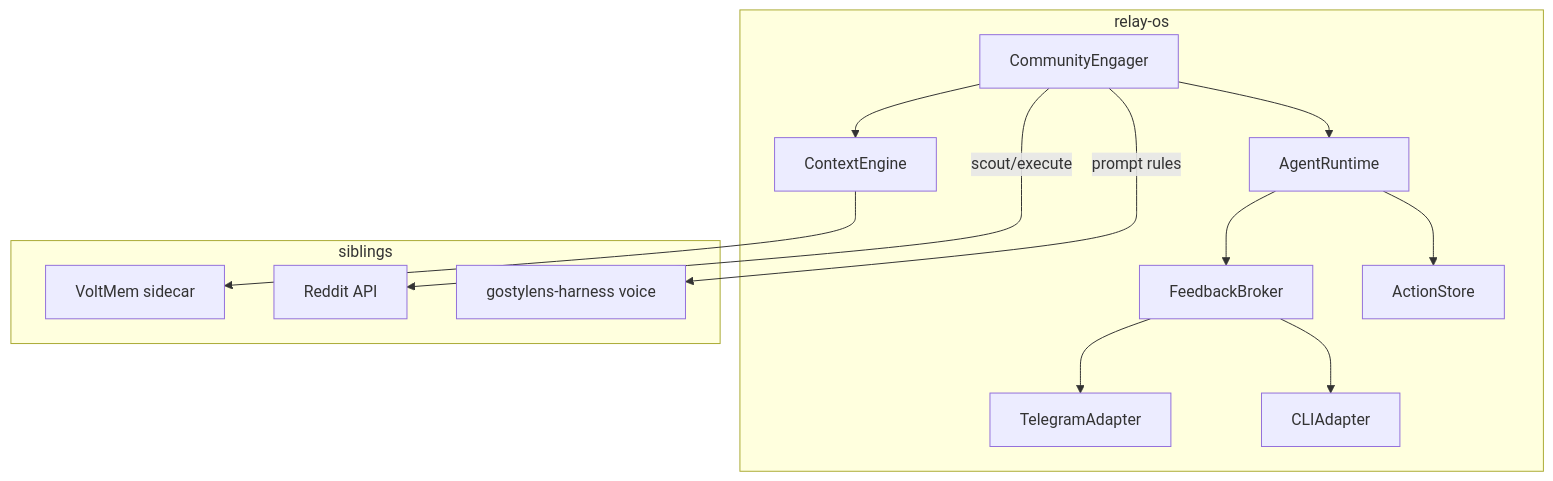
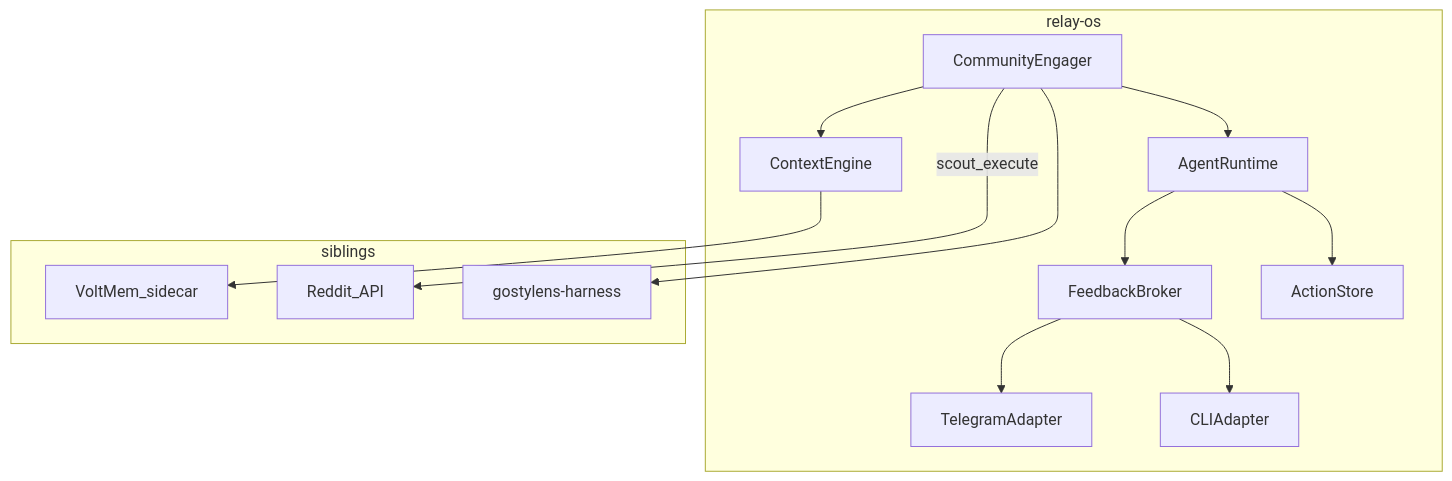
Before and after one commit to Rouche01/relay-os: the first of 2 diagrams in .cursor/plans/relay_hitl_community_voltmem.plan.md, drawn with Mermaid. The commit also changed other lines of this file and 3 other files, not shown here.

Commit message:
chore: update architecture and README to clarify Relay's living todo product stack, enhance product differentiation, and outline the CommunityEngager integration

````diff
--- a/.cursor/plans/relay_hitl_community_voltmem.plan.md
+++ b/.cursor/plans/relay_hitl_community_voltmem.plan.md
@@ -101,28 +100,28 @@
 ```mermaid
 flowchart TB
   subgraph relay [relay-os]
     RT[AgentRuntime]
     FB[FeedbackBroker]
     CE[ContextEngine]
     APP[CommunityEngager]
     TG[TelegramAdapter]
     CLI[CLIAdapter]
     STORE[ActionStore]
   end
 
   subgraph external [siblings]
-    VM[VoltMem sidecar]
-    RD[Reddit API]
-    HAR[gostylens-harness voice]
+    VM[VoltMem_sidecar]
+    RD[Reddit_API]
+    HAR[gostylens-harness]
   end
 
   APP --> RT
   RT --> FB
   FB --> TG
   FB --> CLI
   RT --> STORE
   CE --> VM
-  APP -->|scout/execute| RD
-  APP -->|prompt rules| HAR
+  APP -->|scout_execute| RD
+  APP --> HAR
   APP --> CE
 ```
````
